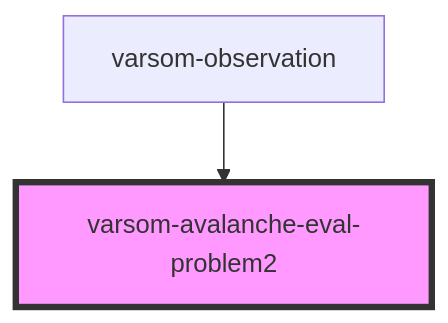
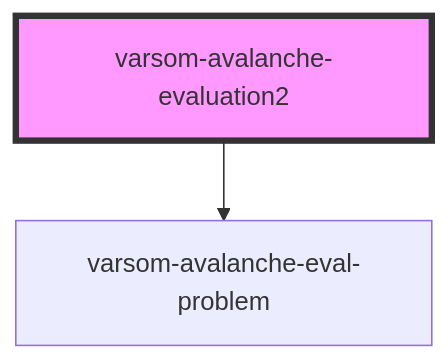
One commit to NVE/varsom-observation changed the diagram in observasjonskort/src/components/varsom-avalanche-evaluation2/readme.md. Above: the diagram before and after it, drawn with Mermaid. The commit also changed other lines of this file and 27 other files, not shown here.

````diff
--- a/observasjonskort/src/components/varsom-avalanche-evaluation2/readme.md
+++ b/observasjonskort/src/components/varsom-avalanche-evaluation2/readme.md
@@ -50,5 +34,5 @@
 ```mermaid
 graph TD;
-  varsom-observation --> varsom-avalanche-eval-problem2
-  style varsom-avalanche-eval-problem2 fill:#f9f,stroke:#333,stroke-width:4px
+  varsom-avalanche-evaluation2 --> varsom-avalanche-eval-problem
+  style varsom-avalanche-evaluation2 fill:#f9f,stroke:#333,stroke-width:4px
 ```
````
